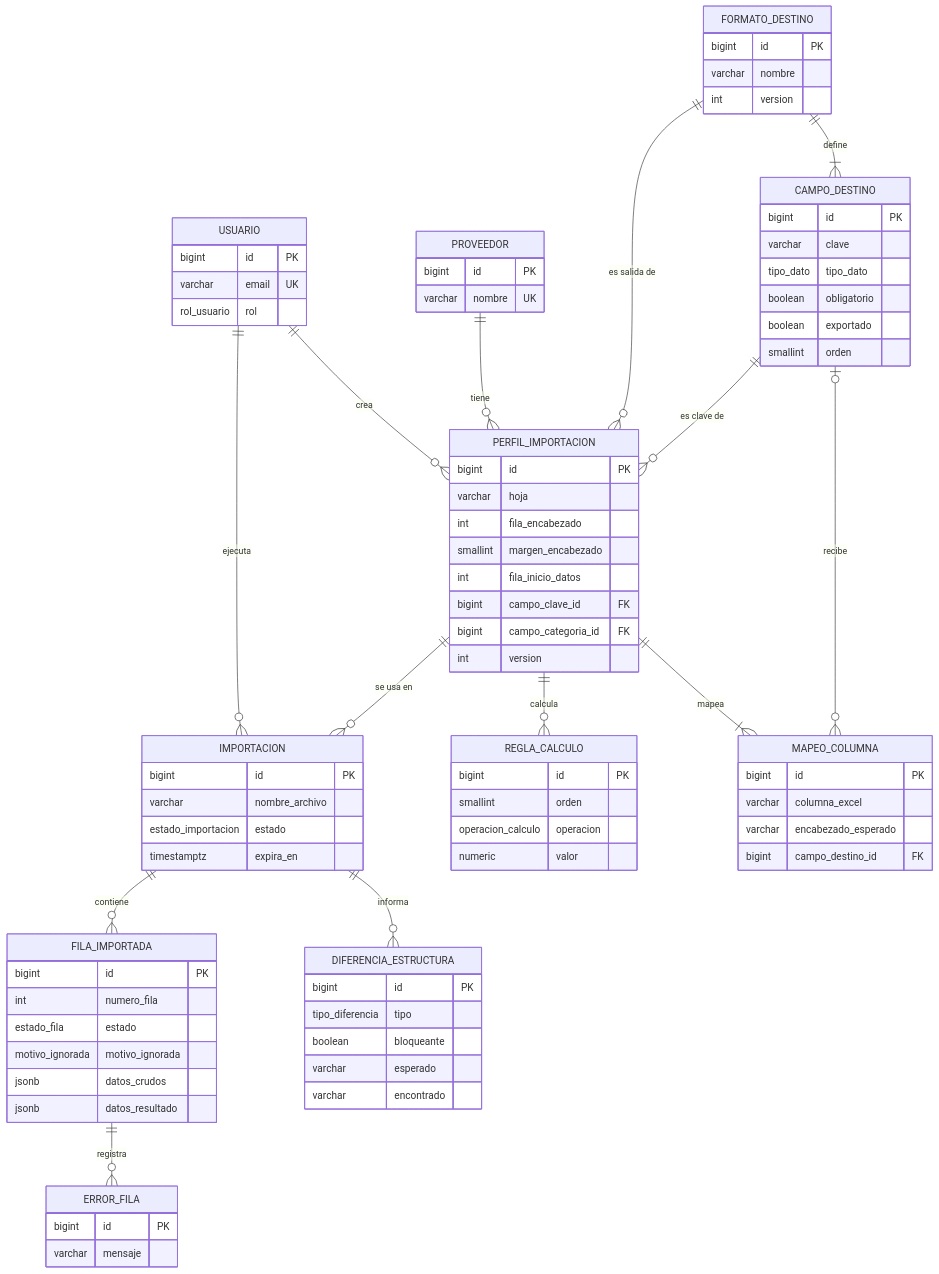
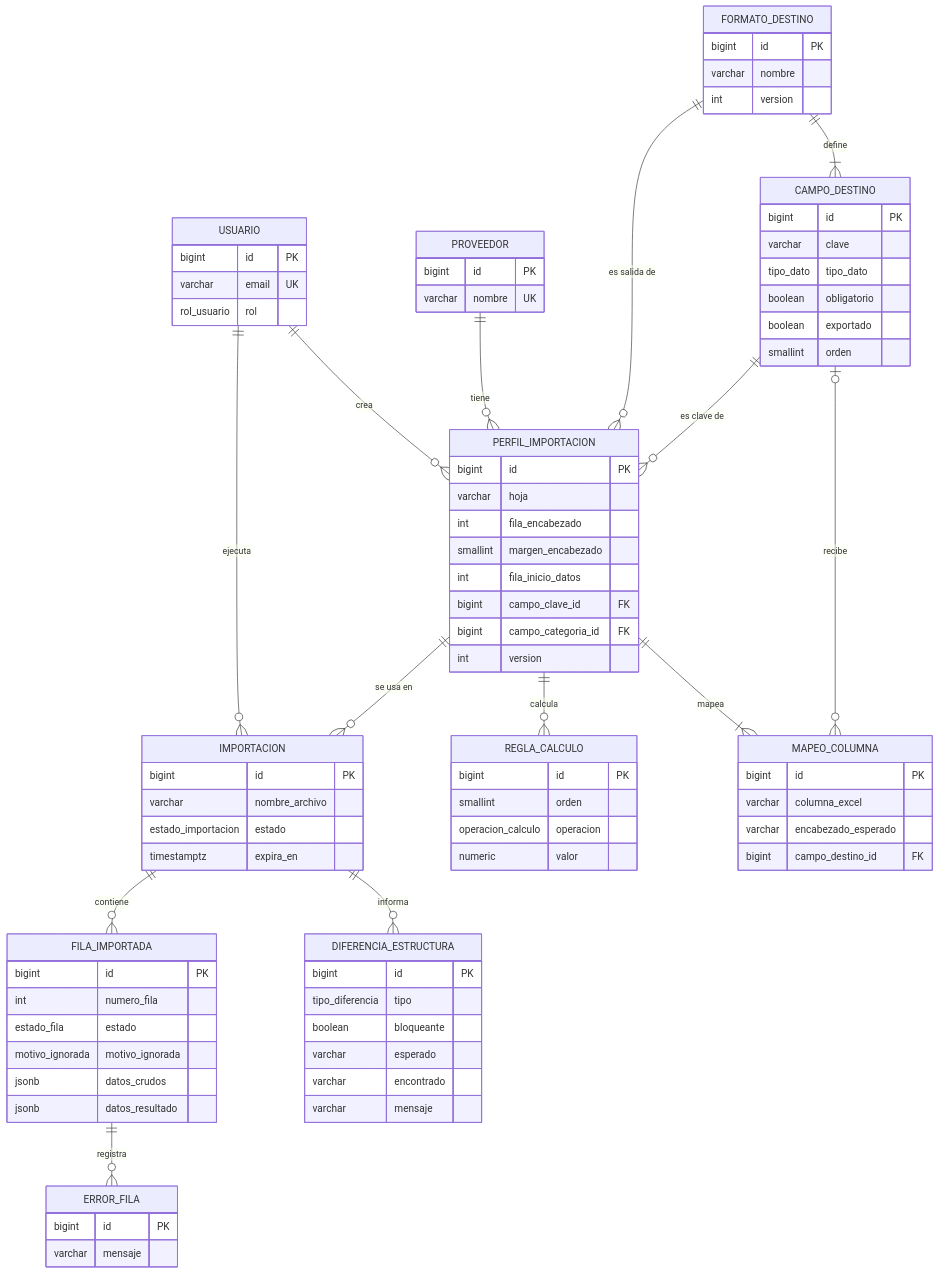
The diagram in docs/base-de-datos.md (fraanv1999/TPIFinalDesiderioVazquez), drawn with Mermaid before and after one commit. The commit also changed 17 other files, not shown here.

````diff
--- a/docs/base-de-datos.md
+++ b/docs/base-de-datos.md
@@ -13,64 +13,65 @@
 ```mermaid
 erDiagram
     USUARIO ||--o{ PERFIL_IMPORTACION : crea
     USUARIO ||--o{ IMPORTACION : ejecuta
     PROVEEDOR ||--o{ PERFIL_IMPORTACION : tiene
     FORMATO_DESTINO ||--|{ CAMPO_DESTINO : define
     FORMATO_DESTINO ||--o{ PERFIL_IMPORTACION : "es salida de"
     PERFIL_IMPORTACION ||--|{ MAPEO_COLUMNA : mapea
     PERFIL_IMPORTACION ||--o{ REGLA_CALCULO : calcula
     CAMPO_DESTINO |o--o{ MAPEO_COLUMNA : recibe
     CAMPO_DESTINO ||--o{ PERFIL_IMPORTACION : "es clave de"
     PERFIL_IMPORTACION ||--o{ IMPORTACION : "se usa en"
     IMPORTACION ||--o{ DIFERENCIA_ESTRUCTURA : informa
     IMPORTACION ||--o{ FILA_IMPORTADA : contiene
     FILA_IMPORTADA ||--o{ ERROR_FILA : registra
 
     USUARIO { bigint id PK
               varchar email UK
               rol_usuario rol }
     PROVEEDOR { bigint id PK
                 varchar nombre UK }
     FORMATO_DESTINO { bigint id PK
                       varchar nombre
                       int version }
     CAMPO_DESTINO { bigint id PK
                     varchar clave
                     tipo_dato tipo_dato
                     boolean obligatorio
                     boolean exportado
                     smallint orden }
     PERFIL_IMPORTACION { bigint id PK
                          varchar hoja
                          int fila_encabezado
                          smallint margen_encabezado
                          int fila_inicio_datos
                          bigint campo_clave_id FK
                          bigint campo_categoria_id FK
                          int version }
     MAPEO_COLUMNA { bigint id PK
                     varchar columna_excel
                     varchar encabezado_esperado
                     bigint campo_destino_id FK }
     REGLA_CALCULO { bigint id PK
                     smallint orden
                     operacion_calculo operacion
                     numeric valor }
     IMPORTACION { bigint id PK
                   varchar nombre_archivo
                   estado_importacion estado
                   timestamptz expira_en }
     DIFERENCIA_ESTRUCTURA { bigint id PK
                             tipo_diferencia tipo
                             boolean bloqueante
                             varchar esperado
-                            varchar encontrado }
+                            varchar encontrado
+                            varchar mensaje }
     FILA_IMPORTADA { bigint id PK
                      int numero_fila
                      estado_fila estado
                      motivo_ignorada motivo_ignorada
                      jsonb datos_crudos
                      jsonb datos_resultado }
     ERROR_FILA { bigint id PK
                  varchar mensaje }
 ```
````
